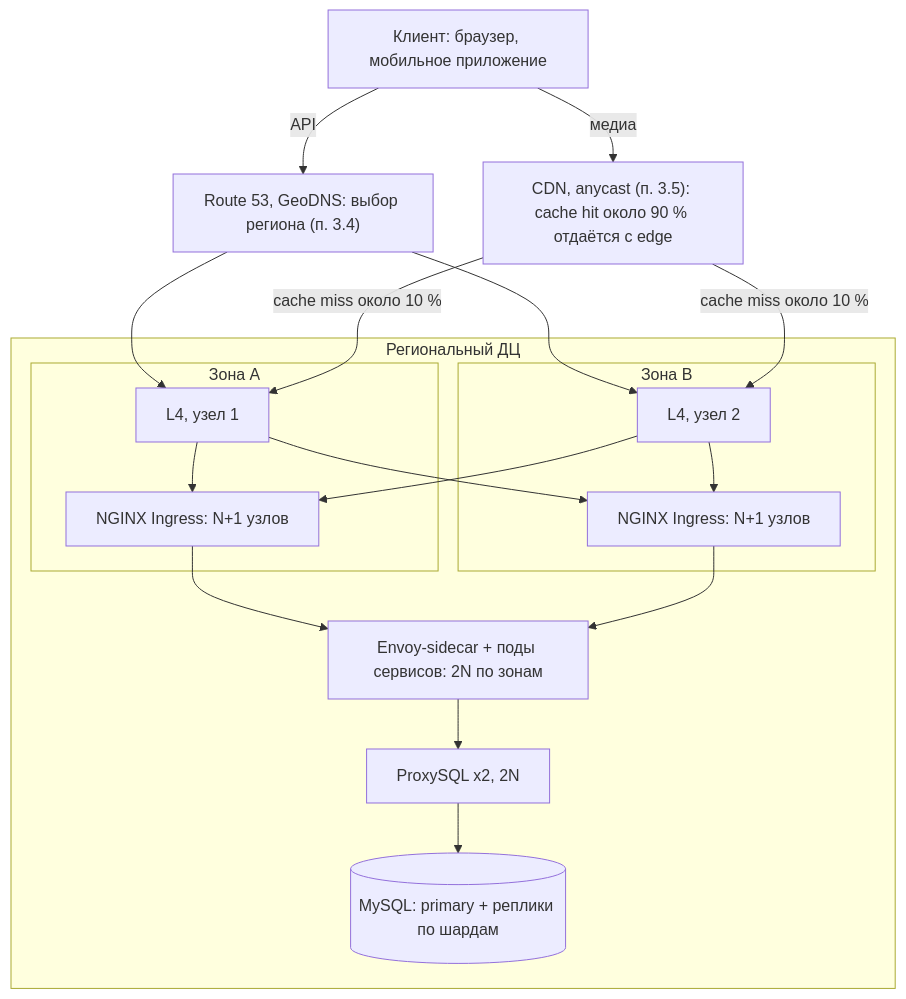
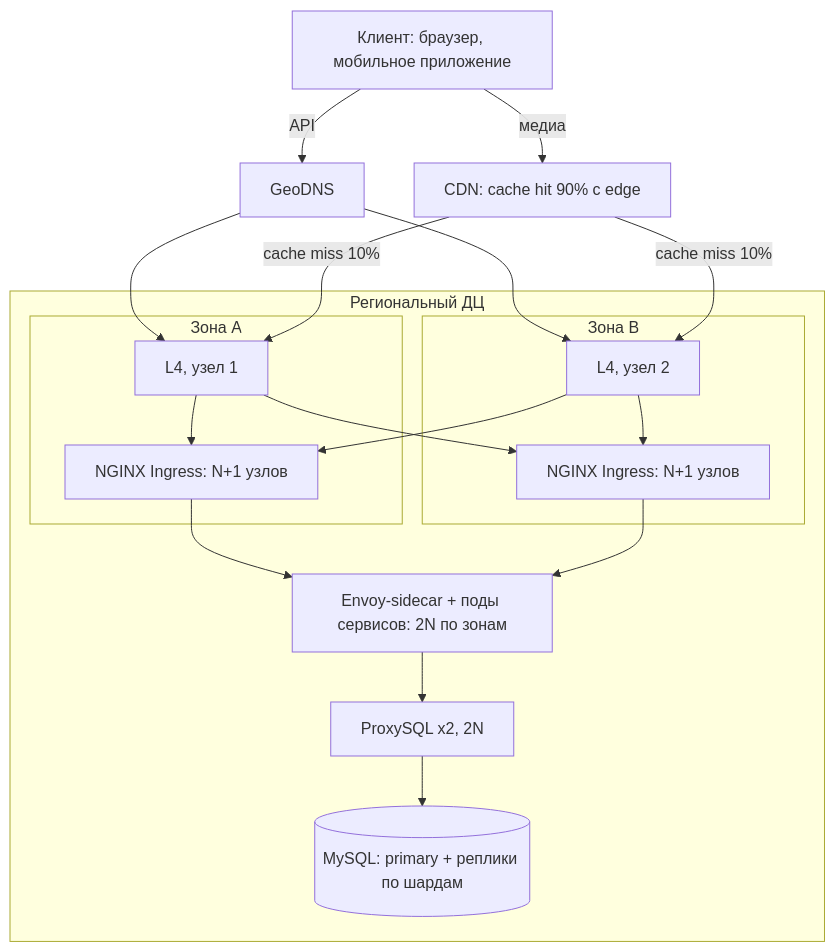
One commit to TOOSTEER/Highload_TechnoPark changed the third of 3 diagrams in README.md. Above: the diagram before and after it, drawn with Mermaid. The commit also changed other lines of this file, not shown here.

````diff
--- a/README.md
+++ b/README.md
@@ -254,36 +196,36 @@
 ```mermaid
 flowchart TB
   U["Клиент: браузер, мобильное приложение"]
-  GD["Route 53, GeoDNS: выбор региона (п. 3.4)"]
-  CDN["CDN, anycast (п. 3.5): cache hit около 90 % отдаётся с edge"]
+  GD["GeoDNS"]
+  CDN["CDN: cache hit 90% с edge"]
 
   U -->|"API"| GD
   U -->|"медиа"| CDN
 
   subgraph DC["Региональный ДЦ"]
     subgraph ZA["Зона A"]
       L4A["L4, узел 1"]
       L7A["NGINX Ingress: N+1 узлов"]
     end
     subgraph ZB["Зона B"]
       L4B["L4, узел 2"]
       L7B["NGINX Ingress: N+1 узлов"]
     end
     SVC["Envoy-sidecar + поды сервисов: 2N по зонам"]
     PRX["ProxySQL x2, 2N"]
     DB[("MySQL: primary + реплики по шардам")]
   end
 
   GD --> L4A
   GD --> L4B
-  CDN -->|"cache miss около 10 %"| L4A
-  CDN -->|"cache miss около 10 %"| L4B
+  CDN -->|"cache miss 10%"| L4A
+  CDN -->|"cache miss 10%"| L4B
   L4A --> L7A
   L4A --> L7B
   L4B --> L7A
   L4B --> L7B
   L7A --> SVC
   L7B --> SVC
   SVC --> PRX
   PRX --> DB
 ```
````
